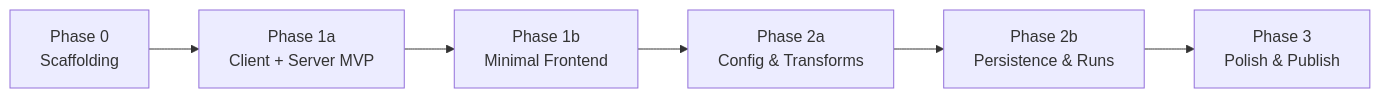
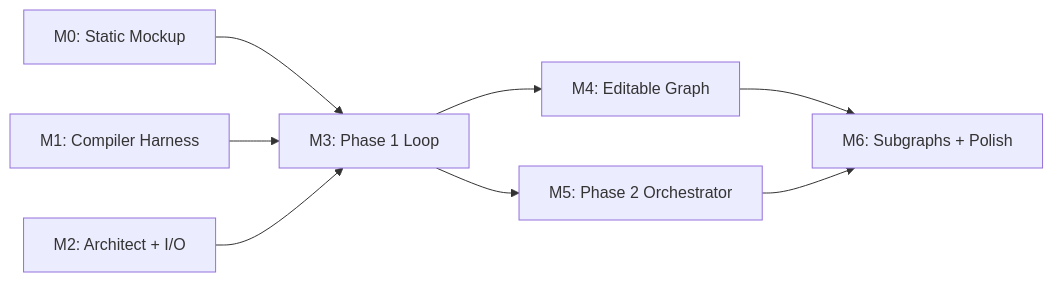
One commit to Ezimakyu/IterViz changed the third of 3 diagrams in docs/01-overview.md. Above: the diagram before and after it, drawn with Mermaid. The commit also changed other lines of this file and 17 other files, not shown here.

````diff
--- a/docs/01-overview.md
+++ b/docs/01-overview.md
@@ -65,8 +75,10 @@
 ```mermaid
 flowchart LR
-    P0[Phase 0<br/>Scaffolding] --> P1a[Phase 1a<br/>Client + Server MVP]
-    P1a --> P1b[Phase 1b<br/>Minimal Frontend]
-    P1b --> P2a[Phase 2a<br/>Config & Transforms]
-    P2a --> P2b[Phase 2b<br/>Persistence & Runs]
-    P2b --> P3[Phase 3<br/>Polish & Publish]
+    M0[M0: Static Mockup] --> M3[M3: Phase 1 Loop]
+    M1[M1: Compiler Harness] --> M3
+    M2[M2: Architect + I/O] --> M3
+    M3 --> M4[M4: Editable Graph]
+    M3 --> M5[M5: Phase 2 Orchestrator]
+    M4 --> M6[M6: Subgraphs + Polish]
+    M5 --> M6
 ```
````
